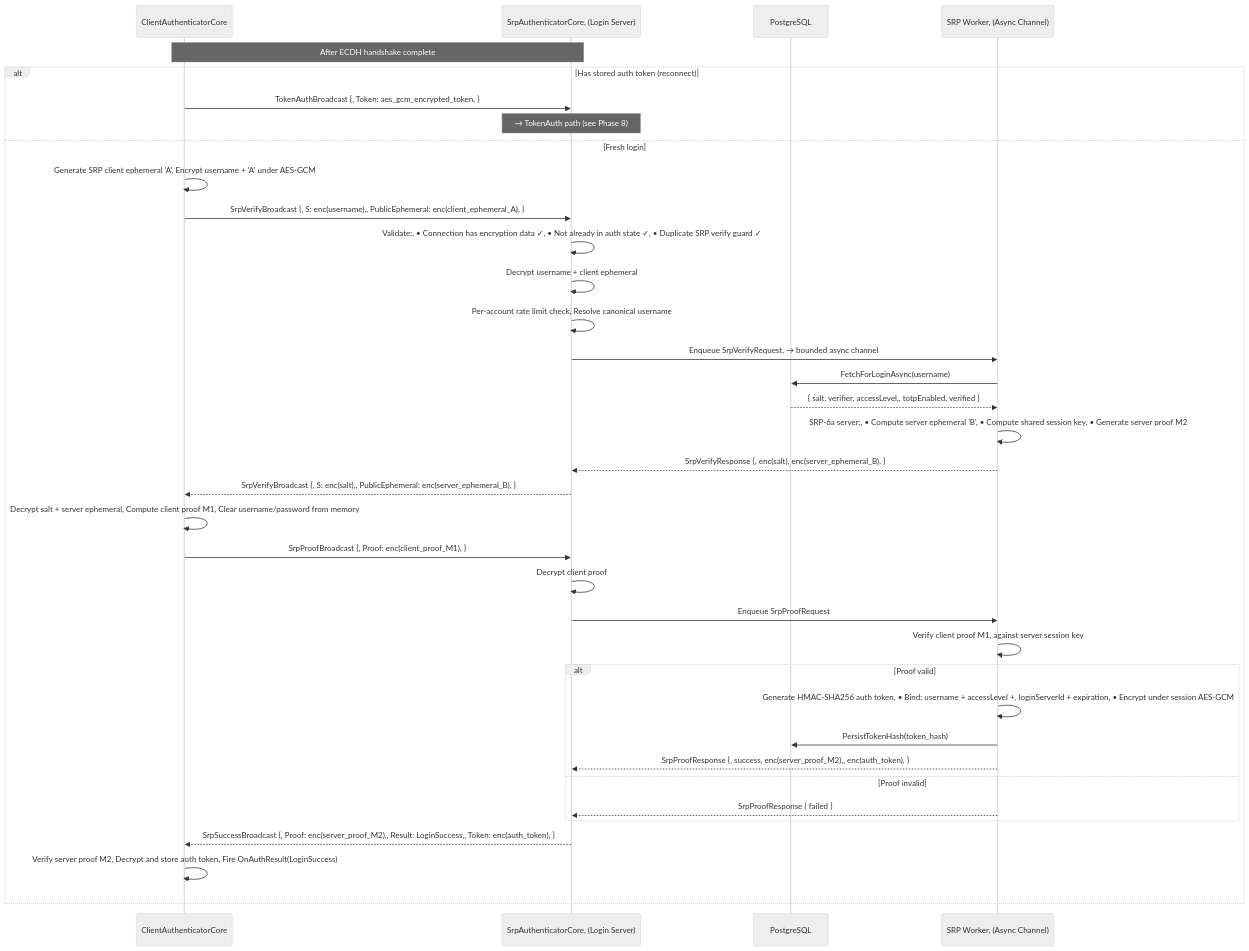
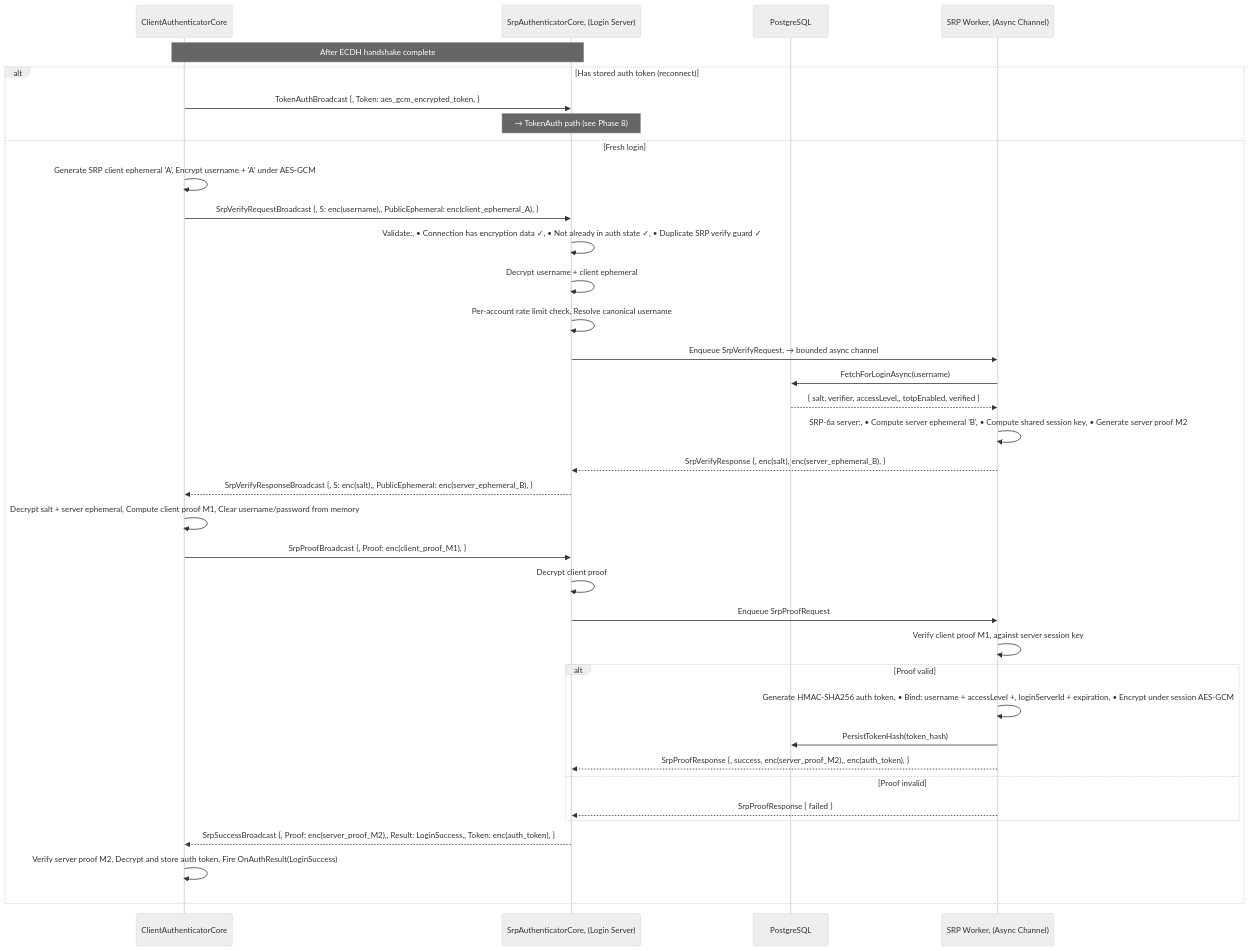
The fifth of 11 diagrams in CONNECTION_PIPELINE.md (jimdroberts/FishMMO), drawn with Mermaid (neutral theme) before and after one commit. The commit also changed other lines of this file and 33 other files, not shown here.

````diff
--- a/CONNECTION_PIPELINE.md
+++ b/CONNECTION_PIPELINE.md
@@ -287,58 +348,58 @@
 ```mermaid
 sequenceDiagram
     participant Client as ClientAuthenticatorCore
     participant Server as SrpAuthenticatorCore, (Login Server)
     participant DB as PostgreSQL
     participant Worker as SRP Worker, (Async Channel)
 
     Note over Client,Server: After ECDH handshake complete
 
     alt Has stored auth token (reconnect)
         Client->>Server: TokenAuthBroadcast {,   Token: aes_gcm_encrypted_token, }
         Note over Server: → TokenAuth path (see Phase 8)
     else Fresh login
         Client->>Client: Generate SRP client ephemeral 'A', Encrypt username + 'A' under AES-GCM
 
-        Client->>Server: SrpVerifyBroadcast {,   S: enc(username),,   PublicEphemeral: enc(client_ephemeral_A), }
+        Client->>Server: SrpVerifyRequestBroadcast {,   S: enc(username),,   PublicEphemeral: enc(client_ephemeral_A), }
 
         Server->>Server: Validate:, • Connection has encryption data ✓, • Not already in auth state ✓, • Duplicate SRP verify guard ✓
 
         Server->>Server: Decrypt username + client ephemeral
         Server->>Server: Per-account rate limit check, Resolve canonical username
 
         Server->>Worker: Enqueue SrpVerifyRequest, → bounded async channel
 
         Worker->>DB: FetchForLoginAsync(username)
         DB-->>Worker: { salt, verifier, accessLevel,,   totpEnabled, verified }
 
         Worker->>Worker: SRP-6a server:, • Compute server ephemeral 'B', • Compute shared session key, • Generate server proof M2
 
         Worker-->>Server: SrpVerifyResponse {,   enc(salt), enc(server_ephemeral_B), }
 
-        Server-->>Client: SrpVerifyBroadcast {,   S: enc(salt),,   PublicEphemeral: enc(server_ephemeral_B), }
+        Server-->>Client: SrpVerifyResponseBroadcast {,   S: enc(salt),,   PublicEphemeral: enc(server_ephemeral_B), }
 
         Client->>Client: Decrypt salt + server ephemeral, Compute client proof M1, Clear username/password from memory
 
         Client->>Server: SrpProofBroadcast {,   Proof: enc(client_proof_M1), }
 
         Server->>Server: Decrypt client proof
 
         Server->>Worker: Enqueue SrpProofRequest
 
         Worker->>Worker: Verify client proof M1, against server session key
 
         alt Proof valid
             Worker->>Worker: Generate HMAC-SHA256 auth token, • Bind: username + accessLevel +,   loginServerId + expiration, • Encrypt under session AES-GCM
 
             Worker->>DB: PersistTokenHash(token_hash)
 
             Worker-->>Server: SrpProofResponse {,   success, enc(server_proof_M2),,   enc(auth_token), }
         else Proof invalid
             Worker-->>Server: SrpProofResponse { failed }
         end
 
         Server-->>Client: SrpSuccessBroadcast {,   Proof: enc(server_proof_M2),,   Result: LoginSuccess,,   Token: enc(auth_token), }
 
         Client->>Client: Verify server proof M2, Decrypt and store auth token, Fire OnAuthResult(LoginSuccess)
     end
 ```
````
